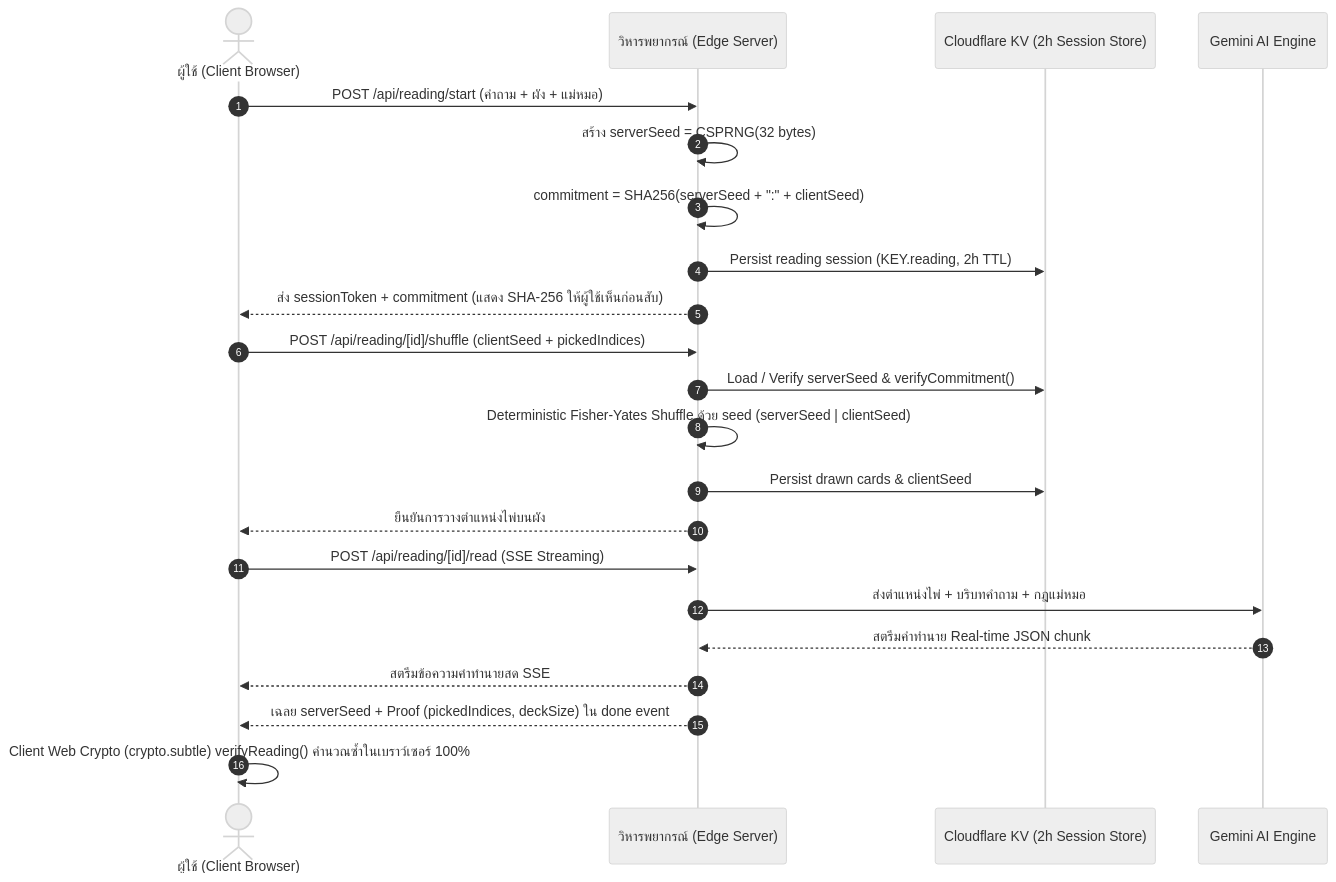
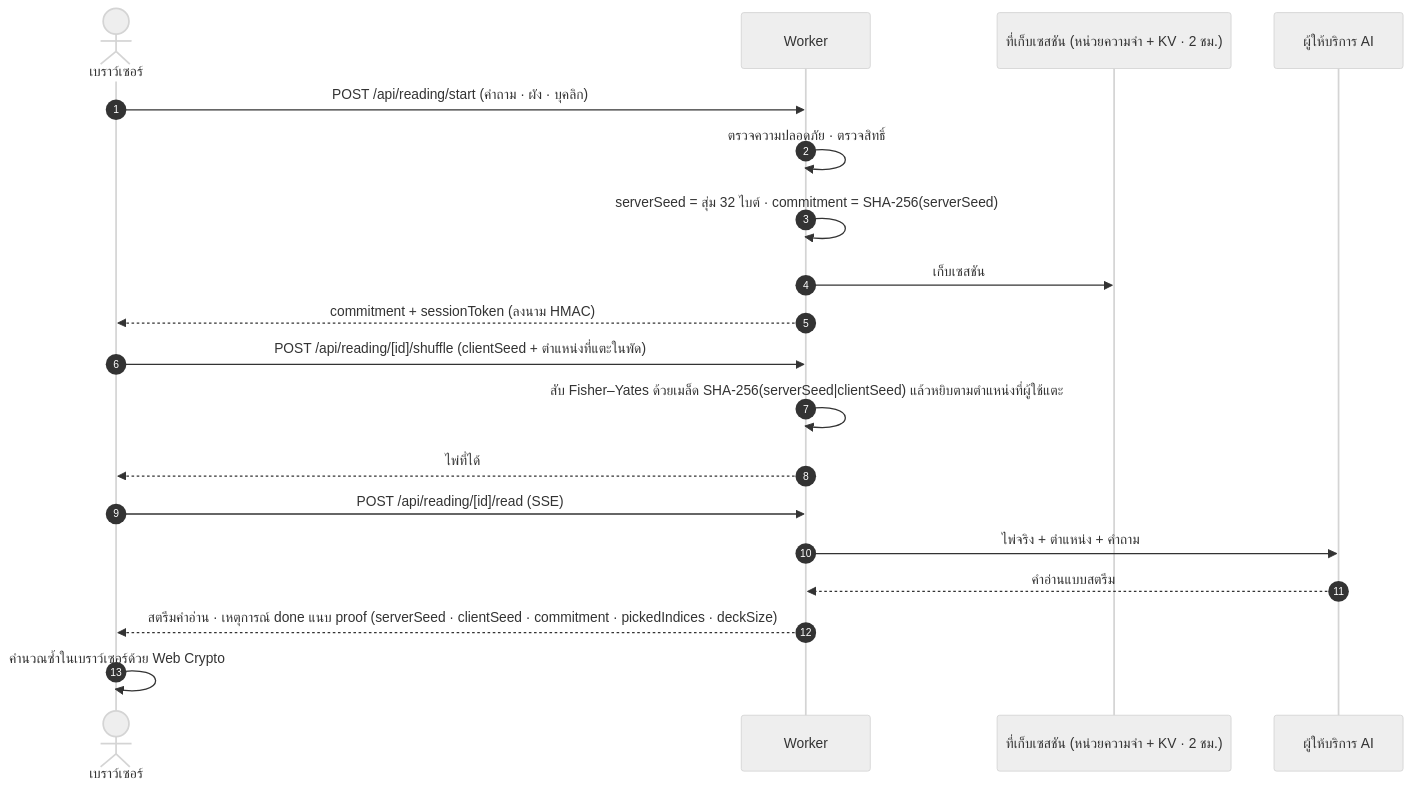
Before and after one commit to luminuy/tarot-web: the second of 2 diagrams in docs/ARCHITECTURE.md, drawn with Mermaid (neutral theme). The commit also changed other lines of this file and 122 other files, not shown here.

````diff
--- a/docs/ARCHITECTURE.md
+++ b/docs/ARCHITECTURE.md
@@ -81,28 +95,22 @@
 ```mermaid
 sequenceDiagram
     autonumber
-    actor User as ผู้ใช้ (Client Browser)
-    participant Server as วิหารพยากรณ์ (Edge Server)
-    participant KV as Cloudflare KV (2h Session Store)
-    participant AI as Gemini AI Engine
+    actor U as เบราว์เซอร์
+    participant S as Worker
+    participant K as ที่เก็บเซสชัน (หน่วยความจำ + KV · 2 ชม.)
+    participant AI as ผู้ให้บริการ AI
 
-    User->>Server: POST /api/reading/start (คำถาม + ผัง + แม่หมอ)
-    Server->>Server: สร้าง serverSeed = CSPRNG(32 bytes)
-    Server->>Server: commitment = SHA256(serverSeed + ":" + clientSeed)
-    Server->>KV: Persist reading session (KEY.reading, 2h TTL)
-    Server-->>User: ส่ง sessionToken + commitment (แสดง SHA-256 ให้ผู้ใช้เห็นก่อนสับ)
-    
-    User->>Server: POST /api/reading/[id]/shuffle (clientSeed + pickedIndices)
-    Server->>KV: Load / Verify serverSeed & verifyCommitment()
-    Server->>Server: Deterministic Fisher-Yates Shuffle ด้วย seed (serverSeed | clientSeed)
-    Server->>KV: Persist drawn cards & clientSeed
-    Server-->>User: ยืนยันการวางตำแหน่งไพ่บนผัง
-    
-    User->>Server: POST /api/reading/[id]/read (SSE Streaming)
-    Server->>AI: ส่งตำแหน่งไพ่ + บริบทคำถาม + กฎแม่หมอ
-    AI-->>Server: สตรีมคำทำนาย Real-time JSON chunk
-    Server-->>User: สตรีมข้อความคำทำนายสด SSE
-    
-    Server-->>User: เฉลย serverSeed + Proof (pickedIndices, deckSize) ใน done event
-    User->>User: Client Web Crypto (crypto.subtle) verifyReading() คำนวณซ้ำในเบราว์เซอร์ 100%
+    U->>S: POST /api/reading/start (คำถาม · ผัง · บุคลิก)
+    S->>S: ตรวจความปลอดภัย · ตรวจสิทธิ์
+    S->>S: serverSeed = สุ่ม 32 ไบต์ · commitment = SHA-256(serverSeed)
+    S->>K: เก็บเซสชัน
+    S-->>U: commitment + sessionToken (ลงนาม HMAC)
+    U->>S: POST /api/reading/[id]/shuffle (clientSeed + ตำแหน่งที่แตะในพัด)
+    S->>S: สับ Fisher–Yates ด้วยเมล็ด SHA-256(serverSeed|clientSeed) แล้วหยิบตามตำแหน่งที่ผู้ใช้แตะ
+    S-->>U: ไพ่ที่ได้
+    U->>S: POST /api/reading/[id]/read (SSE)
+    S->>AI: ไพ่จริง + ตำแหน่ง + คำถาม
+    AI-->>S: คำอ่านแบบสตรีม
+    S-->>U: สตรีมคำอ่าน · เหตุการณ์ done แนบ proof (serverSeed · clientSeed · commitment · pickedIndices · deckSize)
+    U->>U: คำนวณซ้ำในเบราว์เซอร์ด้วย Web Crypto
 ```
````
